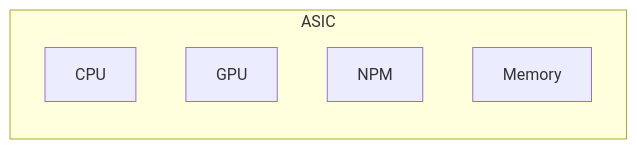
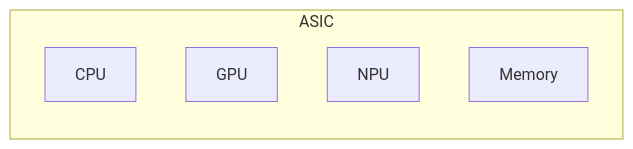
Before and after one commit to gracefullight/gracefullight.github.io: the fifth of 6 diagrams in blog/pe/ca/cpu-gpu-fpga-asic.md, drawn with Mermaid. The commit also changed other lines of this file, not shown here.

Commit message:
docs(pe): 📚️ npu

````diff
--- a/blog/pe/ca/cpu-gpu-fpga-asic.md
+++ b/blog/pe/ca/cpu-gpu-fpga-asic.md
@@ -83,9 +83,9 @@
 ```mermaid
 graph LR
   subgraph ASIC
     CPU
     GPU
-    NPM
+    NPU
     Memory
   end
 ```
````
